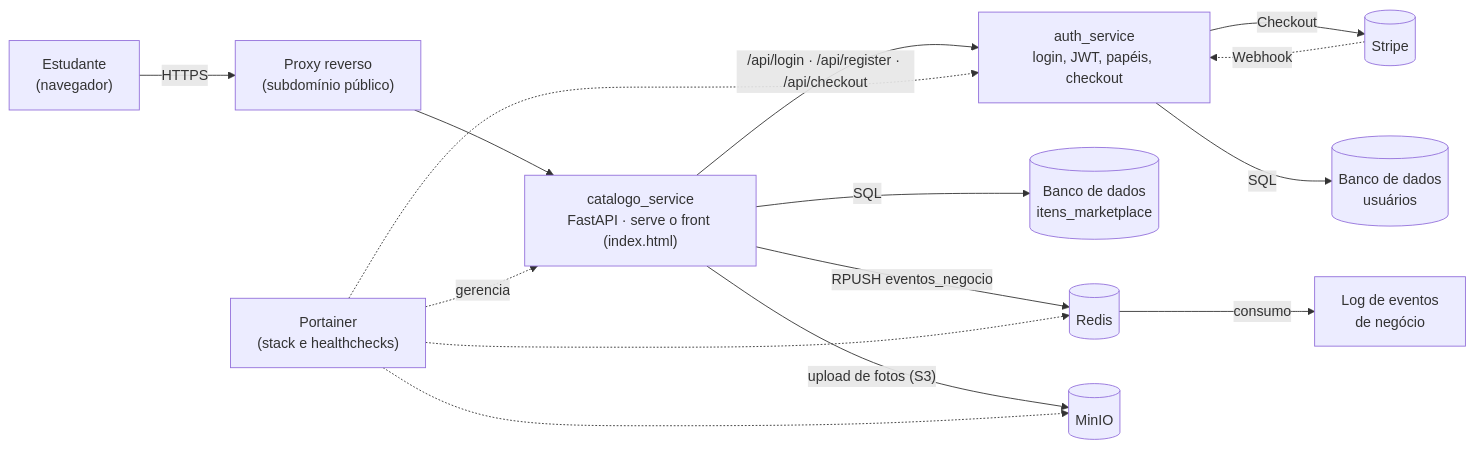
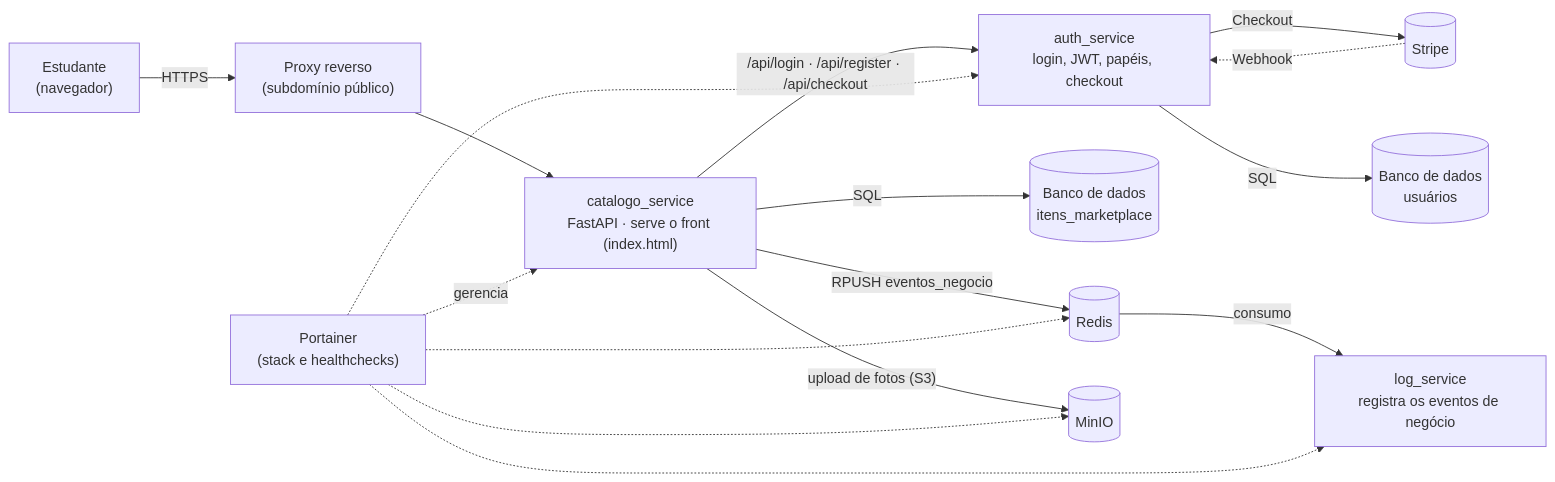
The first of 2 diagrams in README.md (Gabriel33-fis/campuswap), drawn with Mermaid before and after one commit. The commit also changed other lines of this file and 2 other files, not shown here.

Commit message:
docs: atualiza README.md, interface index.html e rotas do catalogo_service

````diff
--- a/README.md
+++ b/README.md
@@ -115,20 +124,21 @@
 ```mermaid
 flowchart LR
     U["Estudante<br/>(navegador)"] -->|HTTPS| P["Proxy reverso<br/>(subdomínio público)"]
     P --> C["catalogo_service<br/>FastAPI · serve o front (index.html)"]
 
     C -->|"/api/login · /api/register · /api/checkout"| A["auth_service<br/>login, JWT, papéis, checkout"]
     A -->|Checkout| S[("Stripe")]
     S -.->|Webhook| A
 
     C -->|SQL| DB[("Banco de dados<br/>itens_marketplace")]
     A -->|SQL| DBU[("Banco de dados<br/>usuários")]
     C -->|"RPUSH eventos_negocio"| R[("Redis")]
-    R -->|consumo| L["Log de eventos<br/>de negócio"]
+    R -->|consumo| L["log_service<br/>registra os eventos de negócio"]
     C -->|"upload de fotos (S3)"| M[("MinIO")]
 
     PT["Portainer<br/>(stack e healthchecks)"] -.->|gerencia| C
     PT -.-> A
+    PT -.-> L
     PT -.-> R
     PT -.-> M
 ```
````
